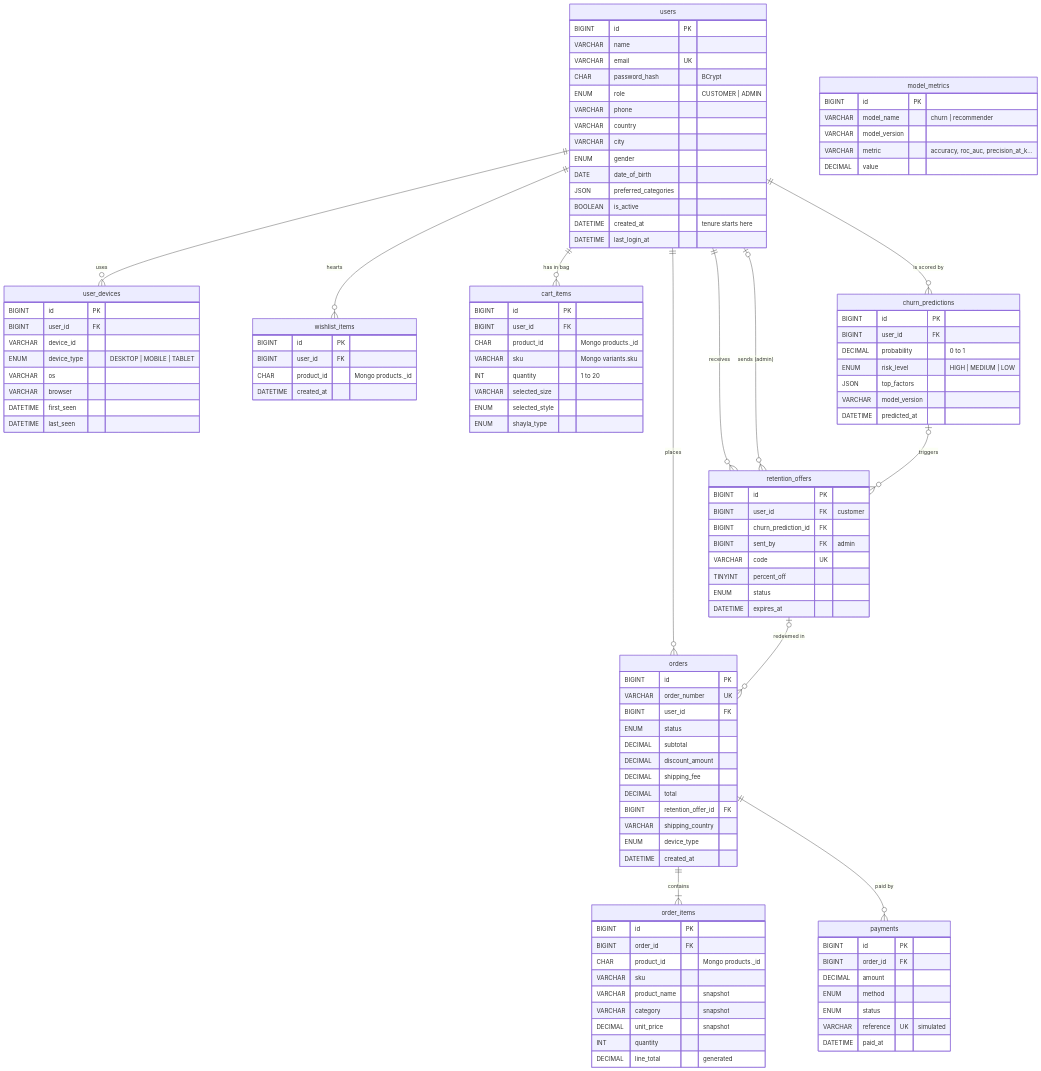
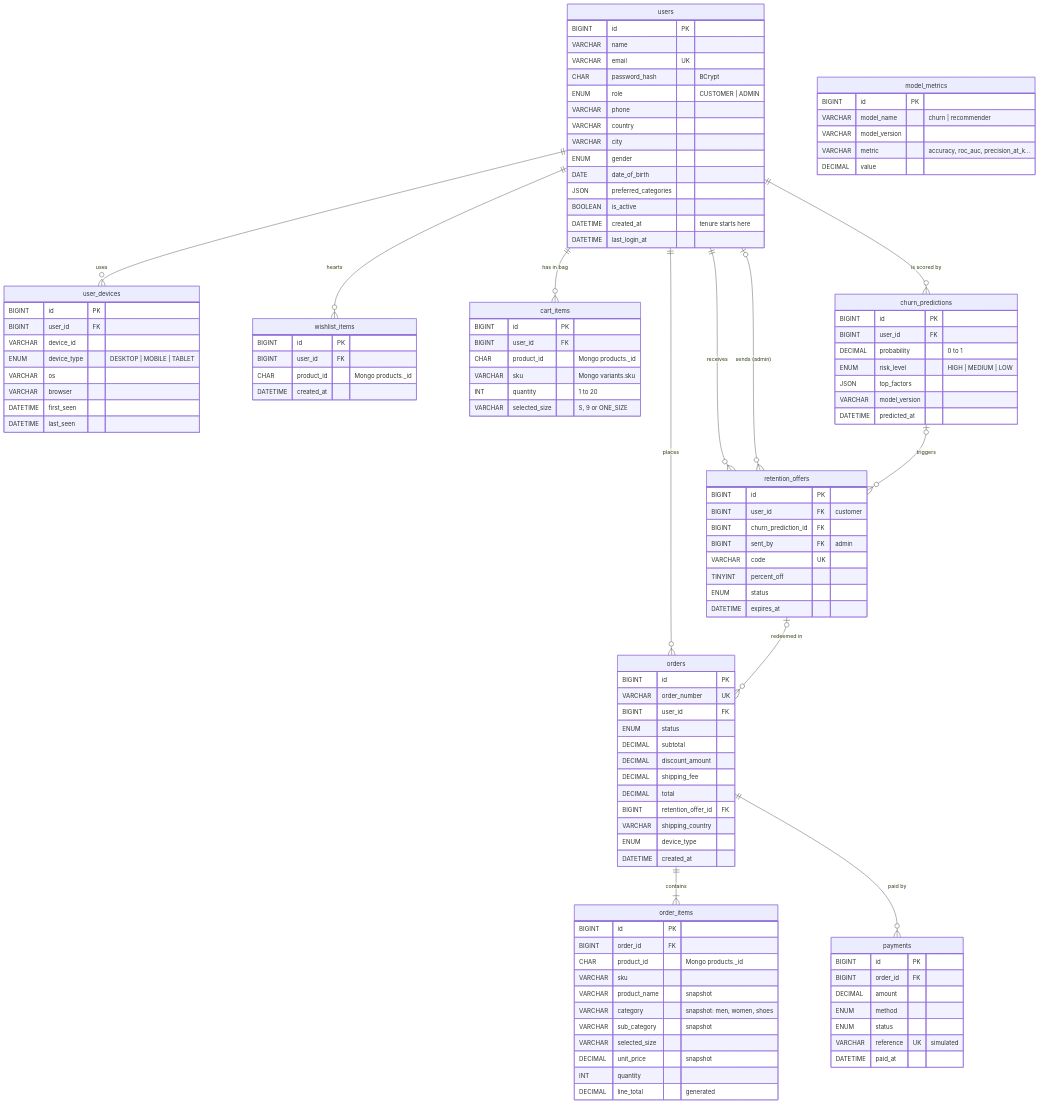
Before and after one commit to InfiniteDev0/CapstoneProject: the first of 2 diagrams in docs/diagrams/er-diagram.md, drawn with Mermaid. The commit also changed other lines of this file and 466 other files, not shown here.

```diff
--- a/docs/diagrams/er-diagram.md
+++ b/docs/diagrams/er-diagram.md
@@ -61,9 +61,7 @@
         CHAR product_id "Mongo products._id"
         VARCHAR sku "Mongo variants.sku"
         INT quantity "1 to 20"
-        VARCHAR selected_size
-        ENUM selected_style
-        ENUM shayla_type
+        VARCHAR selected_size "S, 9 or ONE_SIZE"
     }
     orders {
         BIGINT id PK
@@ -85,7 +83,9 @@
         CHAR product_id "Mongo products._id"
         VARCHAR sku
         VARCHAR product_name "snapshot"
-        VARCHAR category "snapshot"
+        VARCHAR category "snapshot: men, women, shoes"
+        VARCHAR sub_category "snapshot"
+        VARCHAR selected_size
         DECIMAL unit_price "snapshot"
         INT quantity
         DECIMAL line_total "generated"
```
